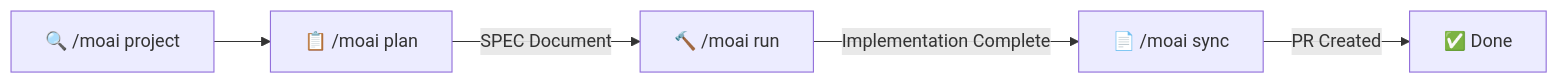
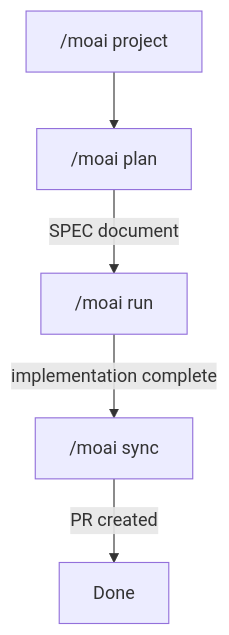
Before and after one commit to modu-ai/moai-adk: the first of 5 diagrams in README.md, drawn with Mermaid. The commit also changed other lines of this file and 395 other files, not shown here.

````diff
--- a/README.md
+++ b/README.md
@@ -186,7 +135,7 @@
 ```mermaid
-graph LR
-    A["🔍 /moai project"] --> B["📋 /moai plan"]
-    B -->|"SPEC Document"| C["🔨 /moai run"]
-    C -->|"Implementation Complete"| D["📄 /moai sync"]
-    D -->|"PR Created"| E["✅ Done"]
+flowchart TD
+    A["/moai project"] --> B["/moai plan"]
+    B -->|"SPEC document"| C["/moai run"]
+    C -->|"implementation complete"| D["/moai sync"]
+    D -->|"PR created"| E["Done"]
 ```
````
